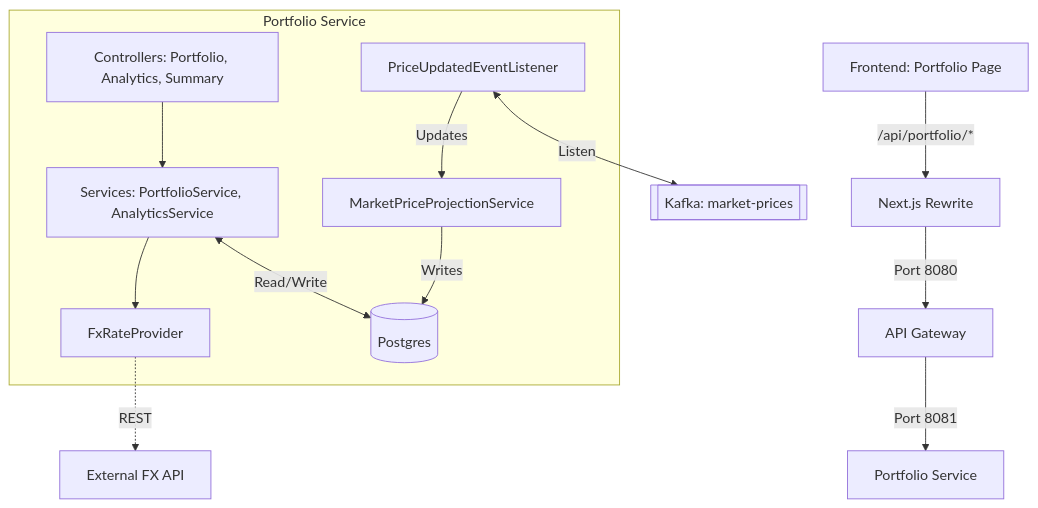
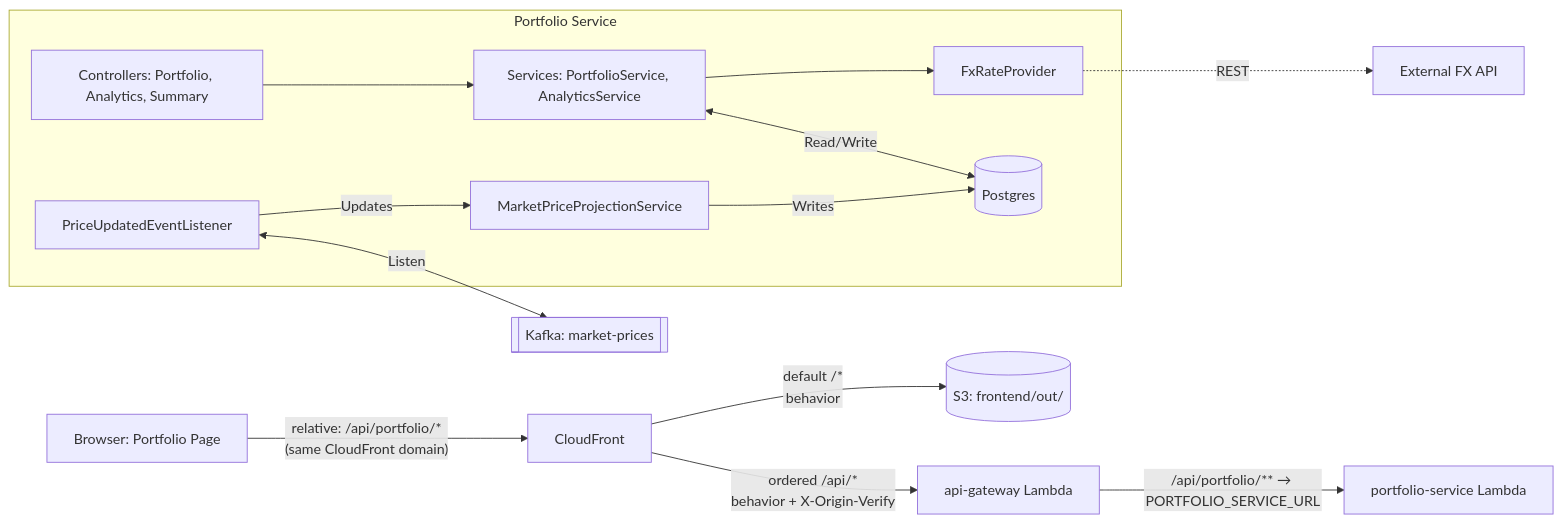
The second of 2 diagrams in docs/e2e-flows/portfolio-service-e2e.md (vibhanshu-agarwal/wealthmgmtandportfoliotracker), drawn with Mermaid before and after one commit. The commit also changed other lines of this file, not shown here.

First line of the commit message:
docs: refine portfolio service E2E flow with updated API routing and deployment details

````diff
--- a/docs/e2e-flows/portfolio-service-e2e.md
+++ b/docs/e2e-flows/portfolio-service-e2e.md
@@ -55,23 +82,24 @@
 ```mermaid
-graph TD
-    A[Frontend: Portfolio Page] -->|/api/portfolio/*| B[Next.js Rewrite]
-    B -->|Port 8080| C[API Gateway]
-    C -->|Port 8081| D[Portfolio Service]
-    
+graph LR
+    A[Browser: Portfolio Page] -->|"relative: /api/portfolio/*\n(same CloudFront domain)"| B[CloudFront]
+    B -->|"default /*\nbehavior"| S[(S3: frontend/out/)]
+    B -->|"ordered /api/*\nbehavior + X-Origin-Verify"| C[api-gateway Lambda]
+    C -->|/api/portfolio/** → PORTFOLIO_SERVICE_URL| D[portfolio-service Lambda]
+
     subgraph "Portfolio Service"
         D1[Controllers: Portfolio, Analytics, Summary]
         D2[Services: PortfolioService, AnalyticsService]
         D3[MarketPriceProjectionService]
         D4[PriceUpdatedEventListener]
         D5[FxRateProvider]
-        
+
         D1 --> D2
         D2 --> D5
         D4 -->|Updates| D3
         D3 -->|Writes| E[(Postgres)]
         D2 <-->|Read/Write| E
     end
-    
+
     D4 <-->|Listen| F[[Kafka: market-prices]]
     D5 -.->|REST| G[External FX API]
 ```
````
